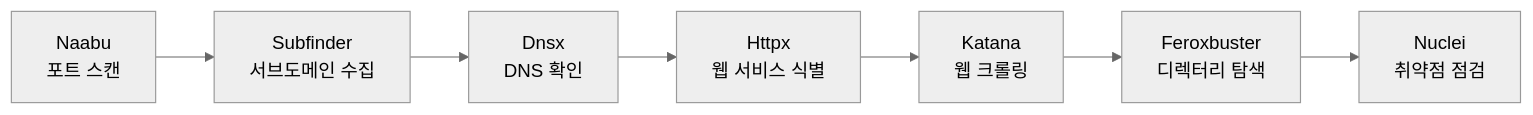
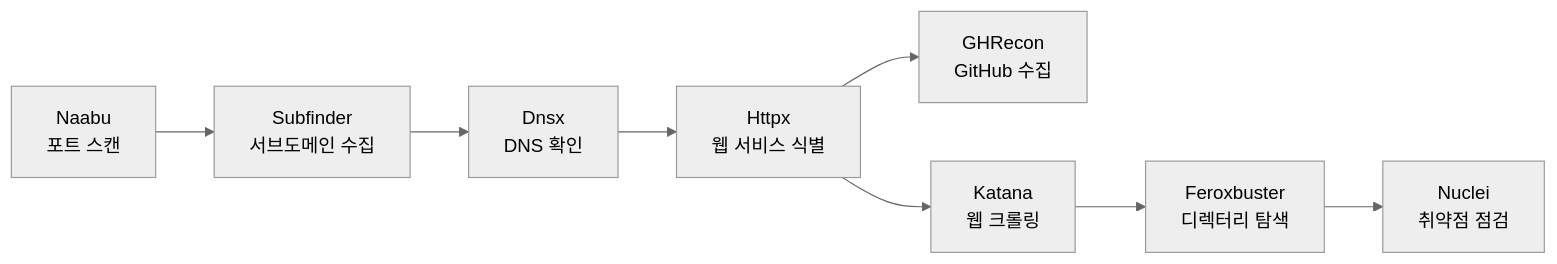
Before and after one commit to naroSEC/DiscoveryX: the diagram in README.md, drawn with Mermaid (neutral theme). The commit also changed other lines of this file and 39 other files, not shown here.

Commit message:
Integrate GHRecon as a parallel GitHub discovery workflow

````diff
--- a/README.md
+++ b/README.md
@@ -26,9 +26,10 @@
 ```mermaid
 flowchart LR
     A[Naabu<br/>포트 스캔] --> B[Subfinder<br/>서브도메인 수집]
     B --> C[Dnsx<br/>DNS 확인]
     C --> D[Httpx<br/>웹 서비스 식별]
+    D --> H[GHRecon<br/>GitHub 수집]
     D --> E[Katana<br/>웹 크롤링]
     E --> F[Feroxbuster<br/>디렉터리 탐색]
     F --> G[Nuclei<br/>취약점 점검]
 ```
````
